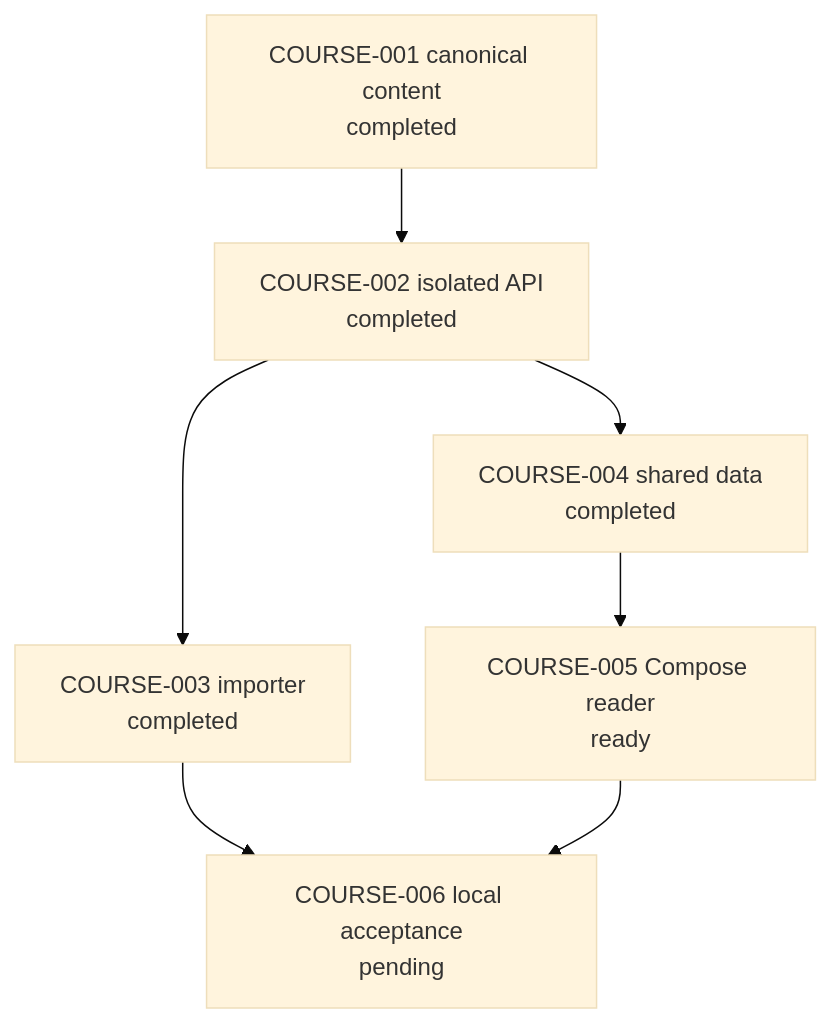
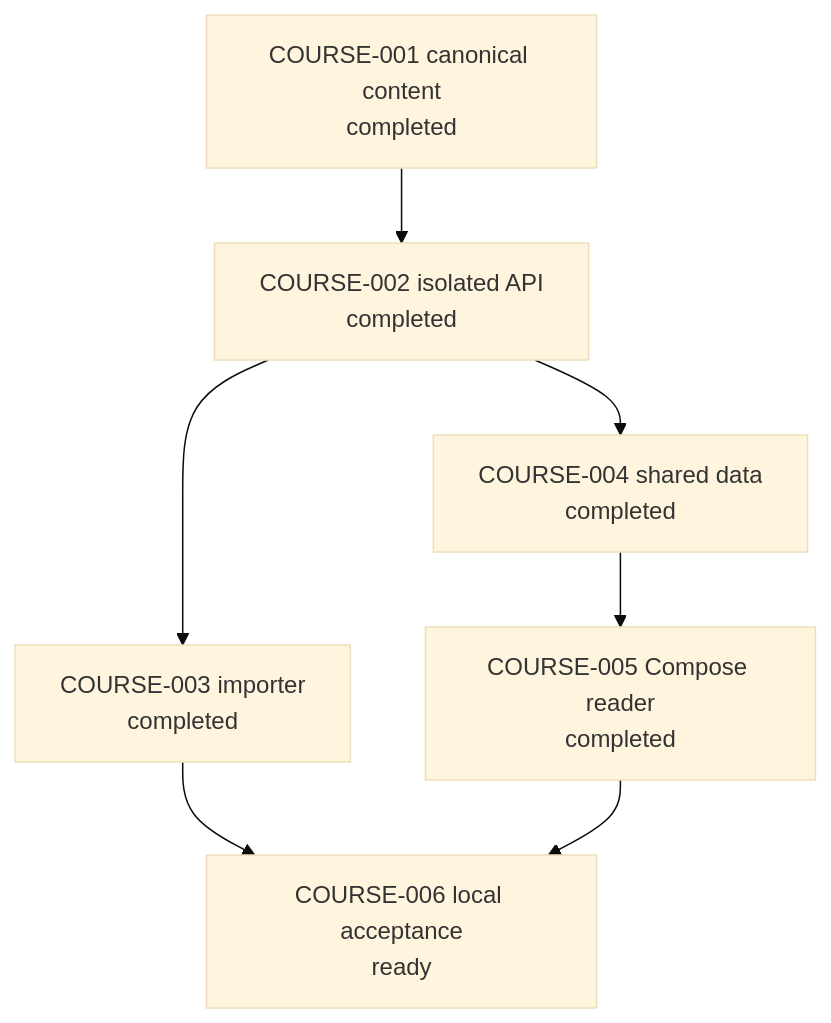
Diagram 11 of 21 in agent-workflow/WORK_GRAPH.md (allenljf/algorithm-learning), drawn with Mermaid (base theme) before and after one commit. The commit also changed 9 other files, not shown here.

Commit message:
feat(course): add course reader UI

````diff
--- a/agent-workflow/WORK_GRAPH.md
+++ b/agent-workflow/WORK_GRAPH.md
@@ -167,11 +167,11 @@
 ```mermaid
 flowchart TD
   C1[COURSE-001 canonical content\ncompleted]
   C2[COURSE-002 isolated API\ncompleted]
   C3[COURSE-003 importer\ncompleted]
   C4[COURSE-004 shared data\ncompleted]
-  C5[COURSE-005 Compose reader\nready]
-  C6[COURSE-006 local acceptance\npending]
+  C5[COURSE-005 Compose reader\ncompleted]
+  C6[COURSE-006 local acceptance\nready]
   C1 --> C2 --> C3 --> C6
   C2 --> C4 --> C5 --> C6
 ```
````
